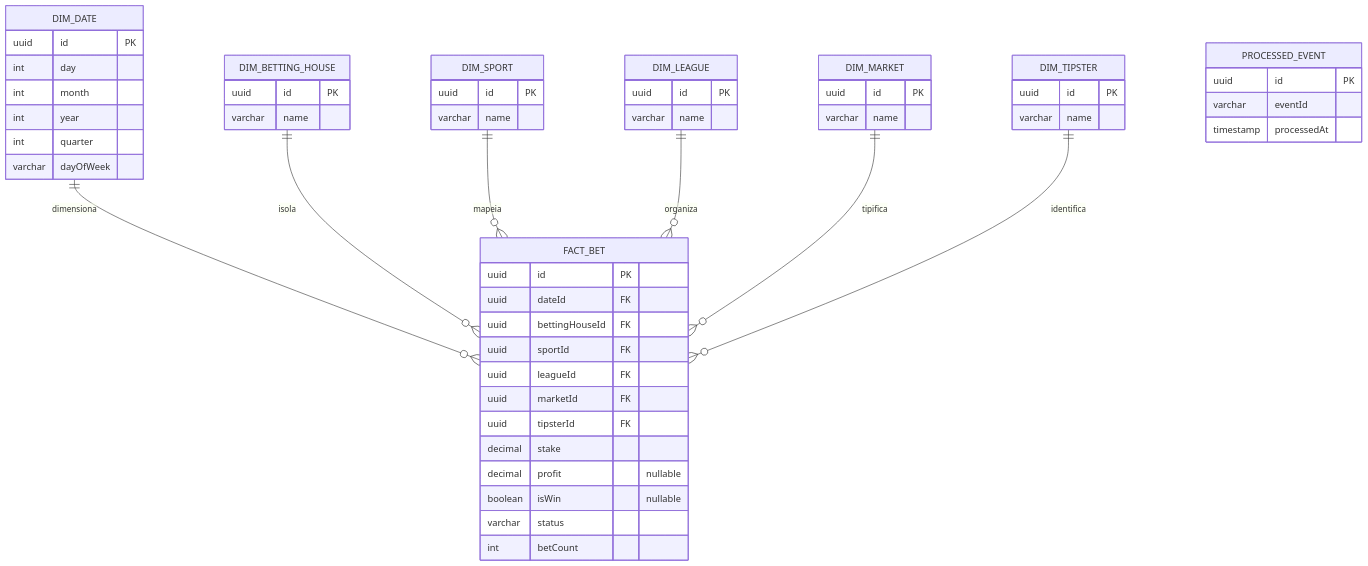
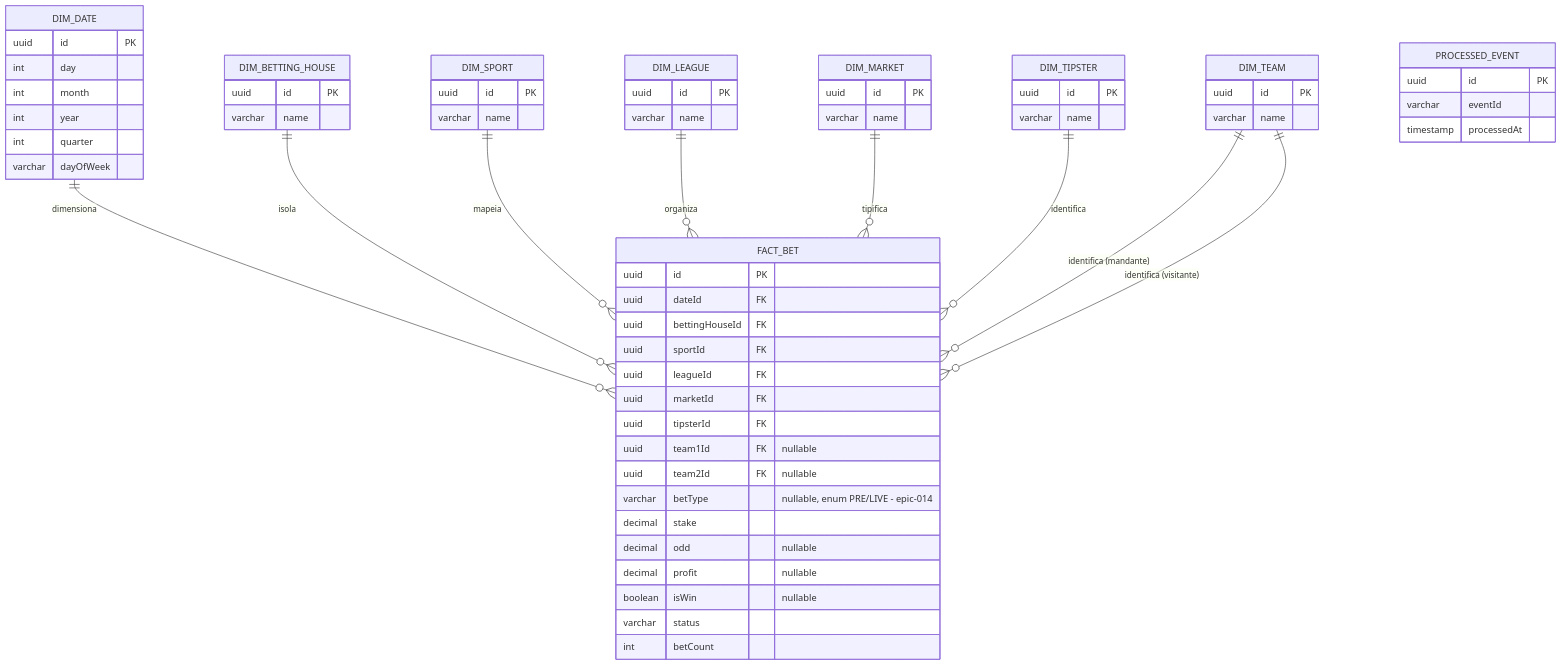
Before and after one commit to eimmig/sv-harness: the fourth of 4 diagrams in docs/DATA-MODEL.md, drawn with Mermaid. The commit also changed other lines of this file and 7 other files, not shown here.

````diff
--- a/docs/DATA-MODEL.md
+++ b/docs/DATA-MODEL.md
@@ -191,57 +208,67 @@
 ```mermaid
 erDiagram
     DIM_DATE ||--o{ FACT_BET : dimensiona
     DIM_BETTING_HOUSE ||--o{ FACT_BET : isola
     DIM_SPORT ||--o{ FACT_BET : mapeia
     DIM_LEAGUE ||--o{ FACT_BET : organiza
     DIM_MARKET ||--o{ FACT_BET : tipifica
     DIM_TIPSTER ||--o{ FACT_BET : identifica
+    DIM_TEAM ||--o{ FACT_BET : "identifica (mandante)"
+    DIM_TEAM ||--o{ FACT_BET : "identifica (visitante)"
 
     DIM_DATE {
         uuid id PK
         int day
         int month
         int year
         int quarter
         varchar dayOfWeek
     }
     DIM_BETTING_HOUSE {
         uuid id PK
         varchar name
     }
     DIM_SPORT {
         uuid id PK
         varchar name
     }
     DIM_LEAGUE {
         uuid id PK
         varchar name
     }
     DIM_MARKET {
         uuid id PK
         varchar name
     }
     DIM_TIPSTER {
         uuid id PK
         varchar name
     }
+    DIM_TEAM {
+        uuid id PK
+        varchar name
+    }
     FACT_BET {
         uuid id PK
         uuid dateId FK
         uuid bettingHouseId FK
         uuid sportId FK
         uuid leagueId FK
         uuid marketId FK
         uuid tipsterId FK
+        uuid team1Id FK "nullable"
+        uuid team2Id FK "nullable"
+        varchar betType "nullable, enum PRE/LIVE - epic-014"
         decimal stake
+        decimal odd "nullable"
         decimal profit "nullable"
         boolean isWin "nullable"
         varchar status
         int betCount
     }
     PROCESSED_EVENT {
         uuid id PK
         varchar eventId
         timestamp processedAt
     }
 ```
````
